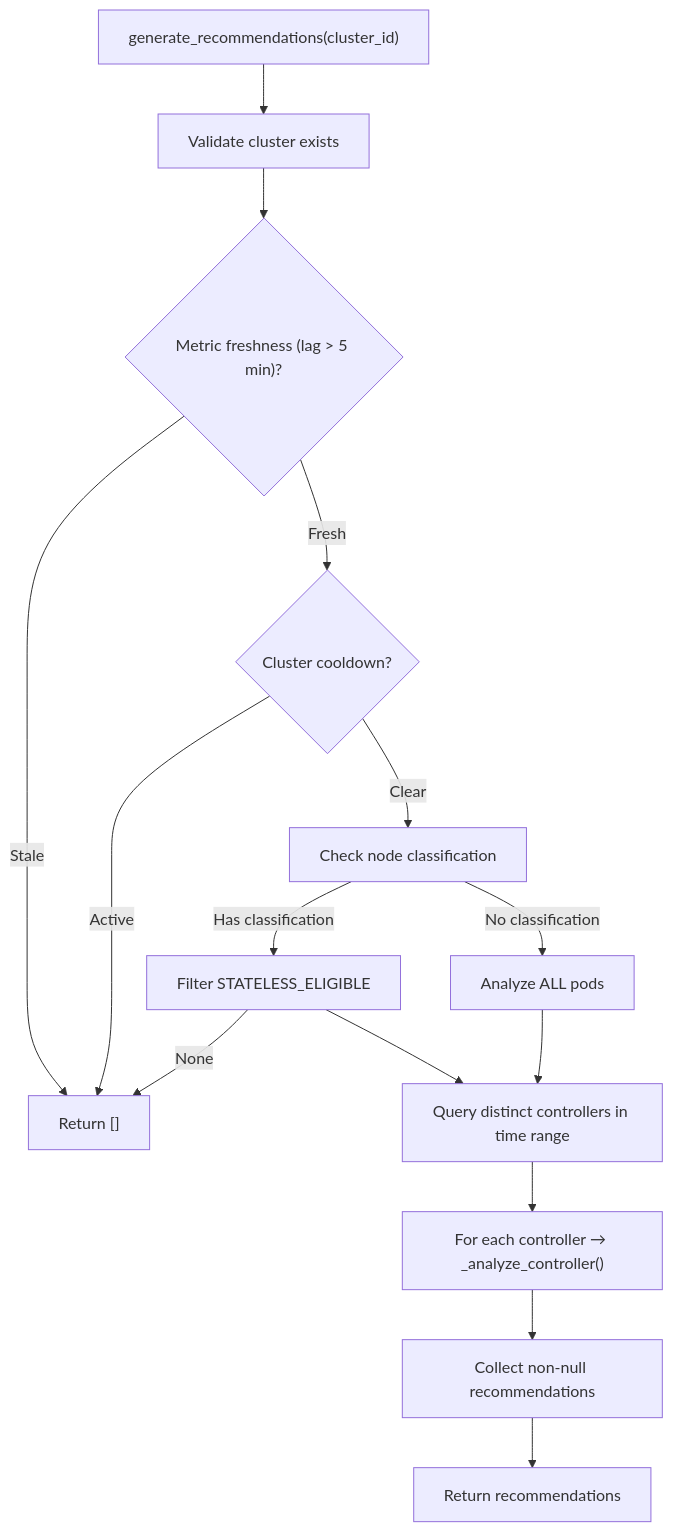
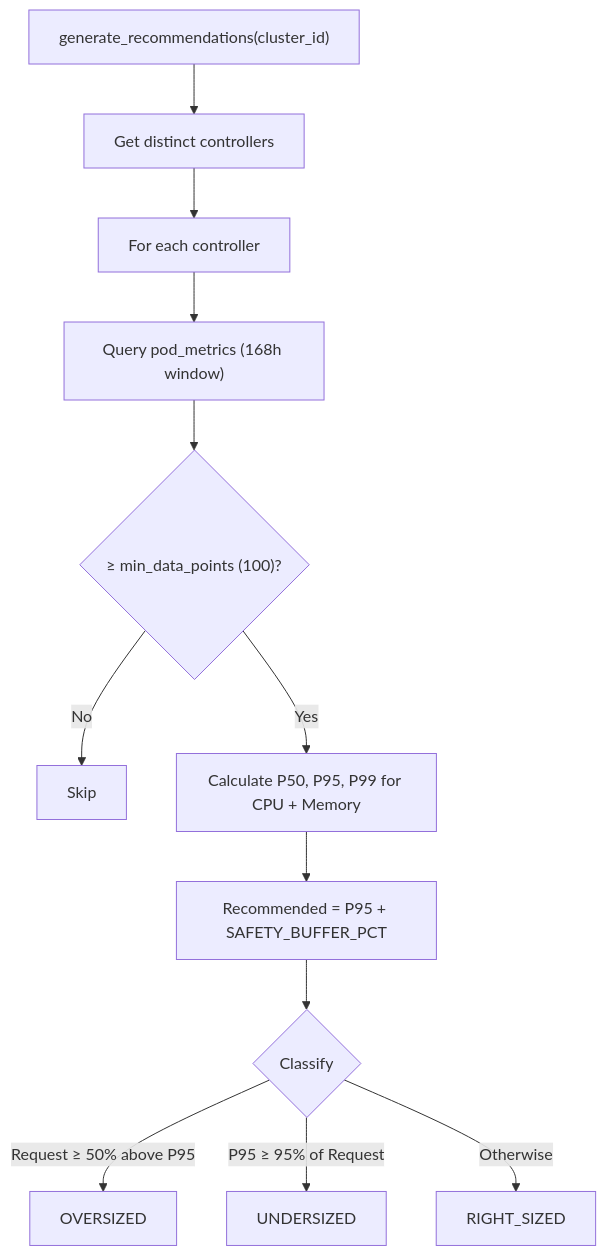
Diagram 14 of 16 in documents/logic.md (atharva0608/final-ml), drawn with Mermaid before and after one commit. The commit also changed other lines of this file and 93 other files, not shown here.

````diff
--- a/documents/logic.md
+++ b/documents/logic.md
@@ -697,16 +857,14 @@
 ```mermaid
 flowchart TD
-    START["generate_recommendations(cluster_id)"] --> V["Validate cluster exists"]
-    V --> MF{"Metric freshness (lag > 5 min)?"}
-    MF -- "Stale" --> EMPTY["Return []"]
-    MF -- "Fresh" --> CD{"Cluster cooldown?"}
-    CD -- "Active" --> EMPTY
-    CD -- "Clear" --> NC["Check node classification"]
-    NC -- "No classification" --> ALL["Analyze ALL pods"]
-    NC -- "Has classification" --> FILT["Filter STATELESS_ELIGIBLE"]
-    FILT -- "None" --> EMPTY
-    FILT & ALL --> CTRL["Query distinct controllers in time range"]
-    CTRL --> LOOP["For each controller → _analyze_controller()"]
-    LOOP --> REC["Collect non-null recommendations"]
-    REC --> RESULT["Return recommendations"]
+    START["generate_recommendations(cluster_id)"] --> CTRL["Get distinct controllers"]
+    CTRL --> LOOP["For each controller"]
+    LOOP --> QUERY["Query pod_metrics (168h window)"]
+    QUERY --> MIN{"≥ min_data_points (100)?"}
+    MIN -- "No" --> SKIP["Skip"]
+    MIN -- "Yes" --> STATS["Calculate P50, P95, P99 for CPU + Memory"]
+    STATS --> REC["Recommended = P95 + SAFETY_BUFFER_PCT"]
+    REC --> TYPE{"Classify"}
+    TYPE -- "Request ≥ 50% above P95" --> OVER["OVERSIZED"]
+    TYPE -- "P95 ≥ 95% of Request" --> UNDER["UNDERSIZED"]
+    TYPE -- "Otherwise" --> RIGHT["RIGHT_SIZED"]
 ```
````
